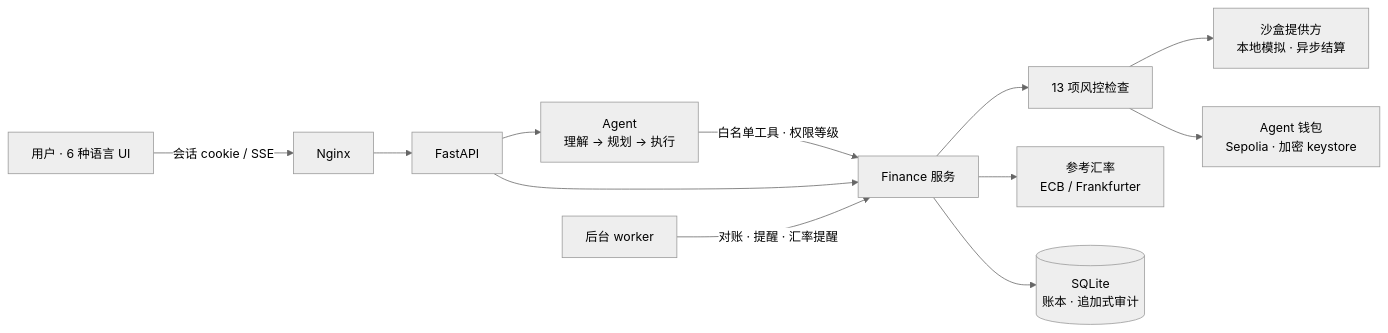
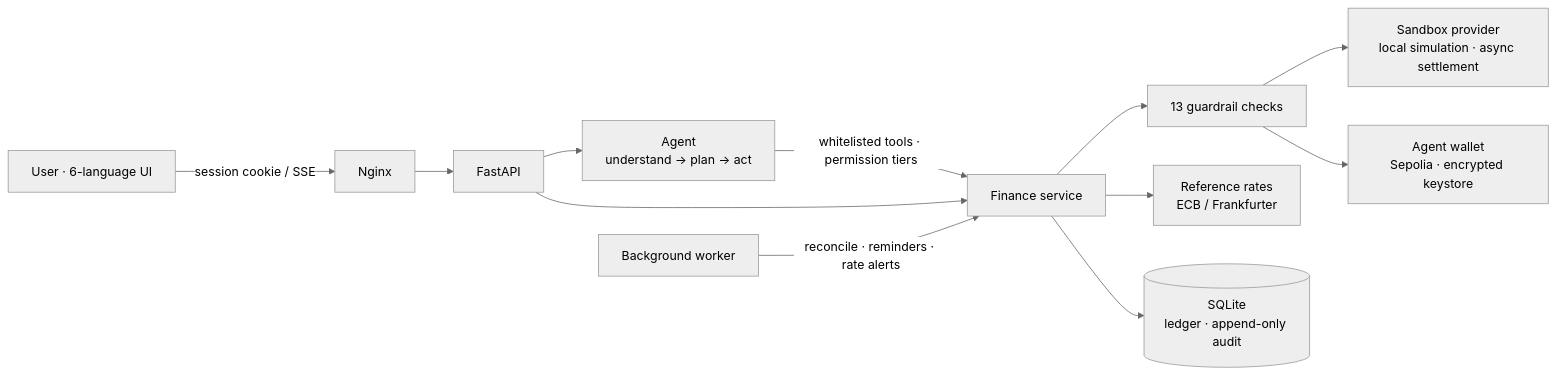
One commit to ytan0008/dot-remittance-agent changed the diagram in README.md. Above: the diagram before and after it, drawn with Mermaid (neutral theme). The commit also changed other lines of this file and 1 other file, not shown here.

````diff
--- a/README.md
+++ b/README.md
@@ -88,14 +88,14 @@
 ```mermaid
 flowchart LR
-    U[用户 · 6 种语言 UI] -->|会话 cookie / SSE| N[Nginx]
+    U[User · 6-language UI] -->|session cookie / SSE| N[Nginx]
     N --> API[FastAPI]
-    API --> AG[Agent<br/>理解 → 规划 → 执行]
-    AG -->|白名单工具 · 权限等级| S[Finance 服务]
+    API --> AG[Agent<br/>understand → plan → act]
+    AG -->|whitelisted tools · permission tiers| S[Finance service]
     API --> S
-    S --> G[13 项风控检查]
-    G --> SB[沙盒提供方<br/>本地模拟 · 异步结算]
-    G --> EVM[Agent 钱包<br/>Sepolia · 加密 keystore]
-    S --> R[参考汇率<br/>ECB / Frankfurter]
-    S --> DB[(SQLite<br/>账本 · 追加式审计)]
-    W[后台 worker] -->|对账 · 提醒 · 汇率提醒| S
+    S --> G[13 guardrail checks]
+    G --> SB[Sandbox provider<br/>local simulation · async settlement]
+    G --> EVM[Agent wallet<br/>Sepolia · encrypted keystore]
+    S --> R[Reference rates<br/>ECB / Frankfurter]
+    S --> DB[(SQLite<br/>ledger · append-only audit)]
+    W[Background worker] -->|reconcile · reminders · rate alerts| S
 ```
````
